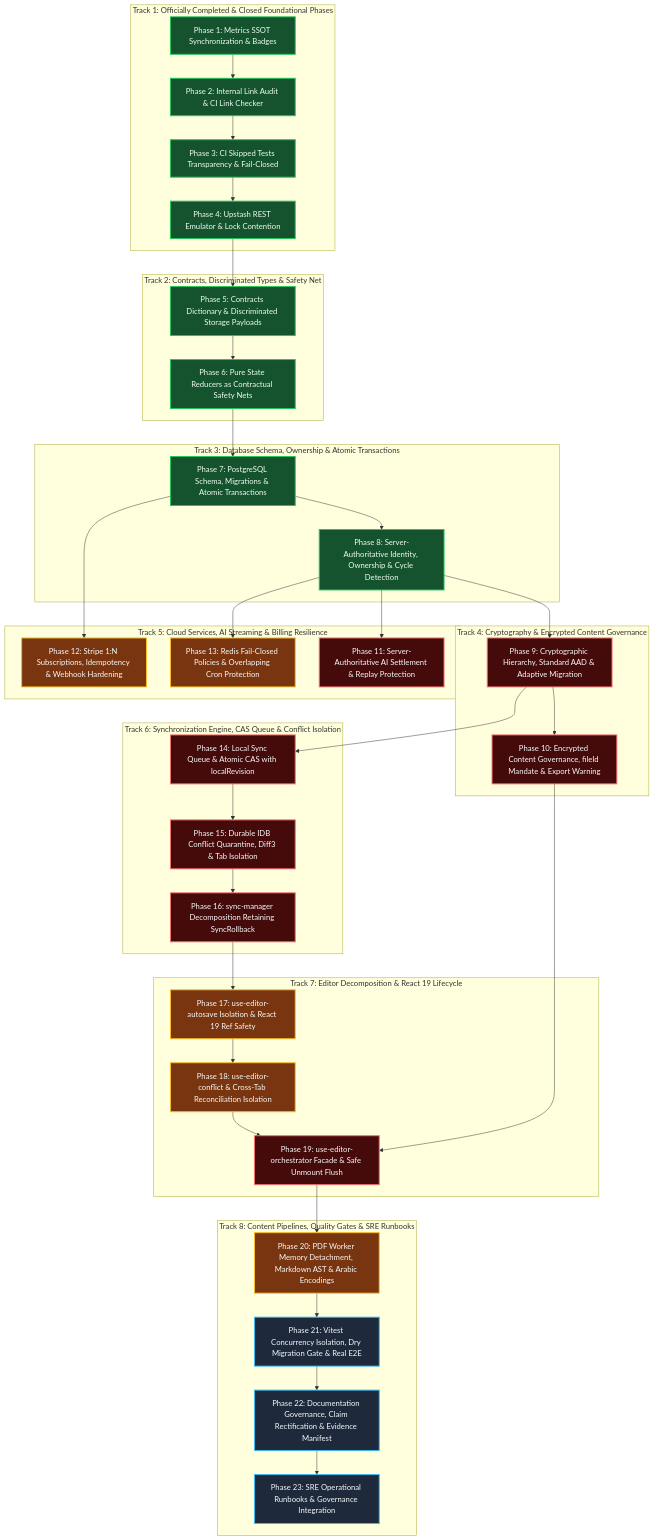
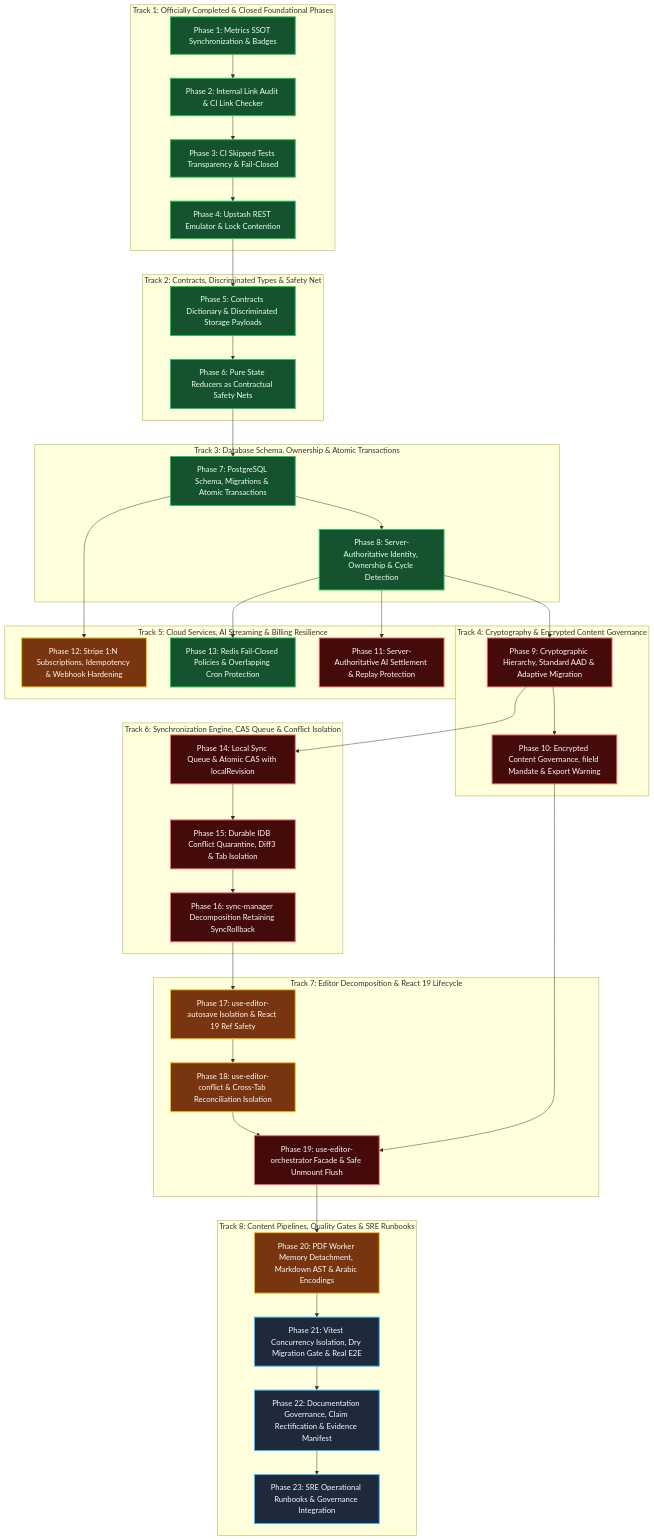
Before and after one commit to Abdullah931-stack/LUGX: the diagram in docs/Plans/COMPREHENSIVE_TECHNICAL_REMEDIATION_PLAN.md, drawn with Mermaid. The commit also changed other lines of this file and 12 other files, not shown here.

````diff
--- a/docs/Plans/COMPREHENSIVE_TECHNICAL_REMEDIATION_PLAN.md
+++ b/docs/Plans/COMPREHENSIVE_TECHNICAL_REMEDIATION_PLAN.md
@@ -53,72 +53,72 @@
 ```mermaid
 graph TD
     classDef done fill:#14532d,stroke:#22c55e,stroke-width:2px,color:#f0fdf4;
     classDef planned fill:#1e293b,stroke:#38bdf8,stroke-width:2px,color:#f8fafc;
     classDef critical fill:#450a0a,stroke:#f87171,stroke-width:2px,color:#f8fafc;
     classDef caution fill:#78350f,stroke:#fbbf24,stroke-width:2px,color:#f8fafc;
 
     subgraph TrackCompleted ["Track 1: Officially Completed & Closed Foundational Phases"]
         P1["Phase 1: Metrics SSOT Synchronization & Badges"]:::done
         P2["Phase 2: Internal Link Audit & CI Link Checker"]:::done
         P3["Phase 3: CI Skipped Tests Transparency & Fail-Closed"]:::done
         P4["Phase 4: Upstash REST Emulator & Lock Contention"]:::done
         P1 --> P2 --> P3 --> P4
     end
 
     subgraph TrackContracts ["Track 2: Contracts, Discriminated Types & Safety Net"]
         P5["Phase 5: Contracts Dictionary & Discriminated Storage Payloads"]:::done
         P6["Phase 6: Pure State Reducers as Contractual Safety Nets"]:::done
         P5 --> P6
     end
 
     subgraph TrackDatabase ["Track 3: Database Schema, Ownership & Atomic Transactions"]
         P7["Phase 7: PostgreSQL Schema, Migrations & Atomic Transactions"]:::done
         P8["Phase 8: Server-Authoritative Identity, Ownership & Cycle Detection"]:::done
         P7 --> P8
     end
 
     subgraph TrackCrypto ["Track 4: Cryptography & Encrypted Content Governance"]
         P9["Phase 9: Cryptographic Hierarchy, Standard AAD & Adaptive Migration"]:::critical
         P10["Phase 10: Encrypted Content Governance, fileId Mandate & Export Warning"]:::critical
         P9 --> P10
     end
 
     subgraph TrackCloud ["Track 5: Cloud Services, AI Streaming & Billing Resilience"]
         P11["Phase 11: Server-Authoritative AI Settlement & Replay Protection"]:::critical
         P12["Phase 12: Stripe 1:N Subscriptions, Idempotency & Webhook Hardening"]:::caution
-        P13["Phase 13: Redis Fail-Closed Policies & Overlapping Cron Protection"]:::caution
+        P13["Phase 13: Redis Fail-Closed Policies & Overlapping Cron Protection"]:::done
     end
 
     subgraph TrackSync ["Track 6: Synchronization Engine, CAS Queue & Conflict Isolation"]
         P14["Phase 14: Local Sync Queue & Atomic CAS with localRevision"]:::critical
         P15["Phase 15: Durable IDB Conflict Quarantine, Diff3 & Tab Isolation"]:::critical
         P16["Phase 16: sync-manager Decomposition Retaining SyncRollback"]:::critical
         P14 --> P15 --> P16
     end
 
     subgraph TrackEditor ["Track 7: Editor Decomposition & React 19 Lifecycle"]
         P17["Phase 17: use-editor-autosave Isolation & React 19 Ref Safety"]:::caution
         P18["Phase 18: use-editor-conflict & Cross-Tab Reconciliation Isolation"]:::caution
         P19["Phase 19: use-editor-orchestrator Facade & Safe Unmount Flush"]:::critical
         P17 --> P18 --> P19
     end
 
     subgraph TrackOperations ["Track 8: Content Pipelines, Quality Gates & SRE Runbooks"]
         P20["Phase 20: PDF Worker Memory Detachment, Markdown AST & Arabic Encodings"]:::caution
         P21["Phase 21: Vitest Concurrency Isolation, Dry Migration Gate & Real E2E"]:::planned
         P22["Phase 22: Documentation Governance, Claim Rectification & Evidence Manifest"]:::planned
         P23["Phase 23: SRE Operational Runbooks & Governance Integration"]:::planned
         P20 --> P21 --> P22 --> P23
     end
 
     P4 --> P5
     P6 --> P7
     P8 --> P9
     P8 --> P11
     P7 --> P12
     P8 --> P13
     P9 --> P14
     P10 --> P19
     P16 --> P17
     P19 --> P20
 ```
````
